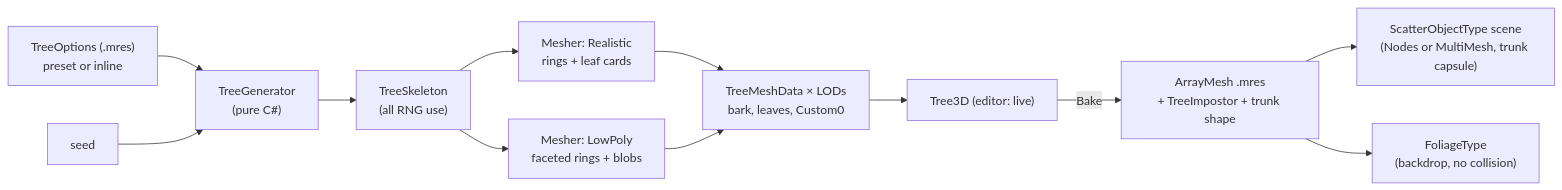
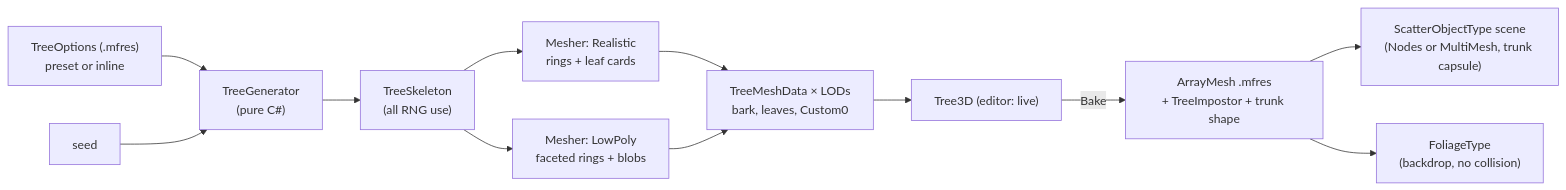
Before and after one commit to Mainframe-Games/mainframe-engine: the diagram in docs/design/future/procedural-trees.md, drawn with Mermaid. The commit also changed other lines of this file and 886 other files, not shown here.

````diff
--- a/docs/design/future/procedural-trees.md
+++ b/docs/design/future/procedural-trees.md
@@ -73,14 +73,14 @@
 ```mermaid
 flowchart LR
-    P["TreeOptions (.mres)<br/>preset or inline"] --> G["TreeGenerator<br/>(pure C#)"]
+    P["TreeOptions (.mfres)<br/>preset or inline"] --> G["TreeGenerator<br/>(pure C#)"]
     S["seed"] --> G
     G --> K["TreeSkeleton<br/>(all RNG use)"]
     K --> MR["Mesher: Realistic<br/>rings + leaf cards"]
     K --> ML["Mesher: LowPoly<br/>faceted rings + blobs"]
     MR --> O["TreeMeshData × LODs<br/>bark, leaves, Custom0"]
     ML --> O
     O --> T["Tree3D (editor: live)"]
-    T -->|Bake| B["ArrayMesh .mres<br/>+ TreeImpostor + trunk shape"]
+    T -->|Bake| B["ArrayMesh .mfres<br/>+ TreeImpostor + trunk shape"]
     B --> N["ScatterObjectType scene<br/>(Nodes or MultiMesh, trunk capsule)"]
     B --> F["FoliageType<br/>(backdrop, no collision)"]
 ```
````
